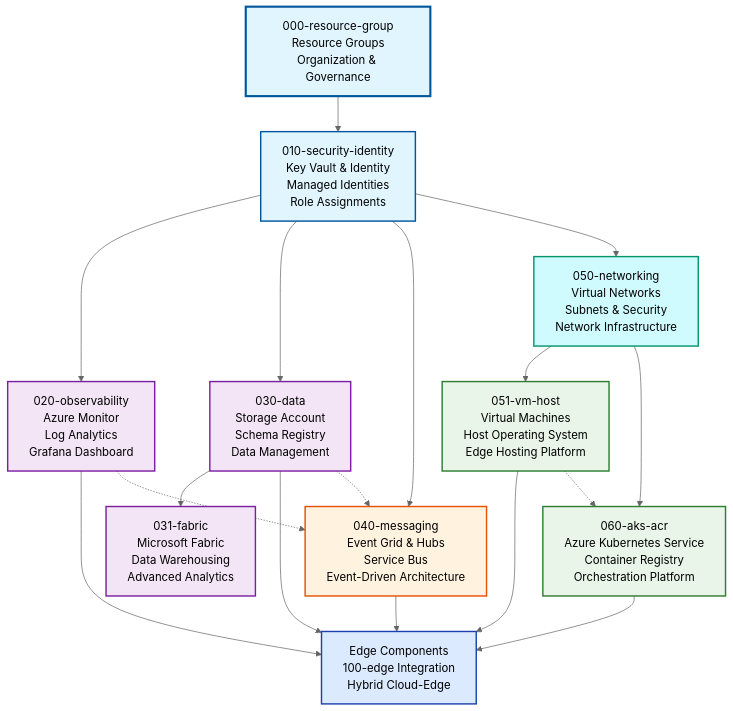
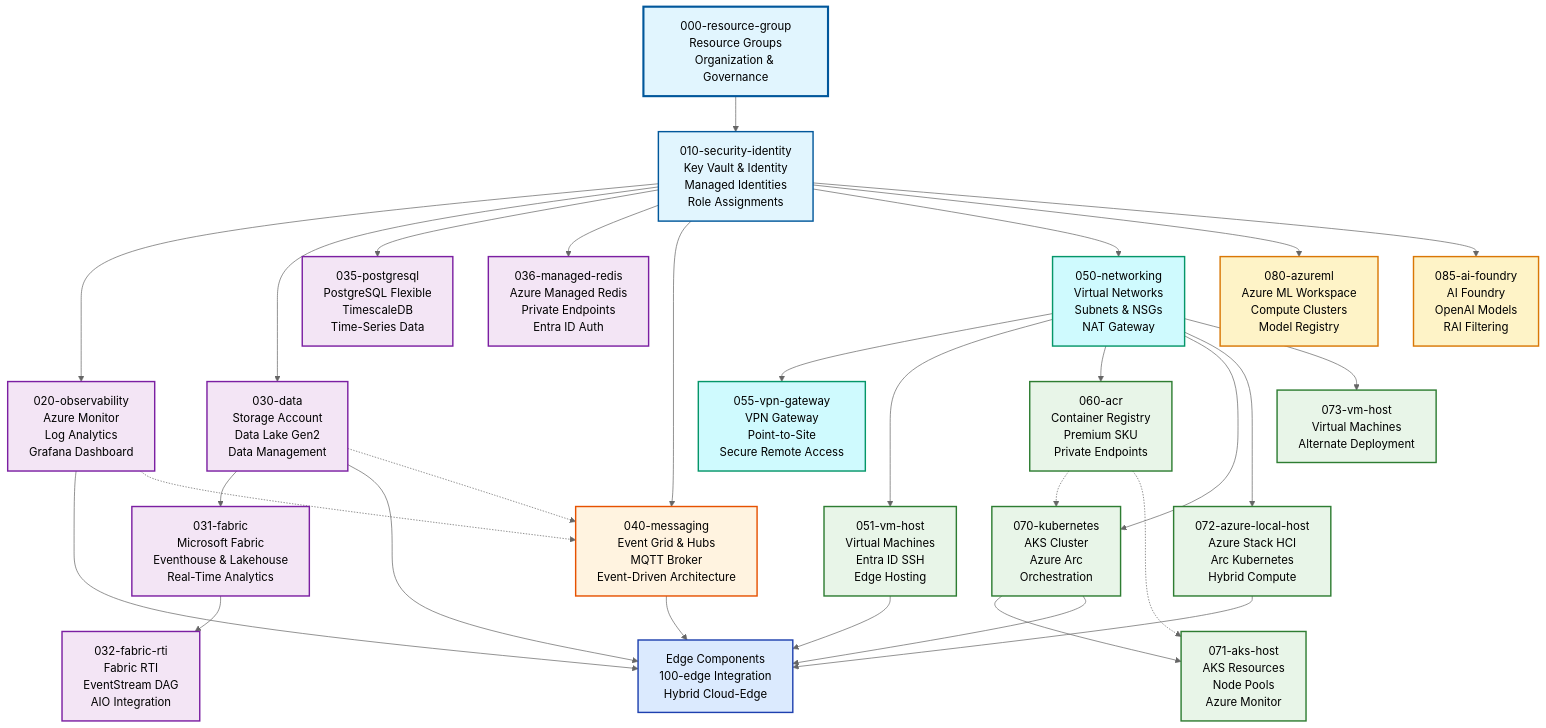
Before and after one commit to microsoft/edge-ai: the diagram in src/000-cloud/README.md, drawn with Mermaid (neutral theme). The commit also changed other lines of this file and 80 other files, not shown here.

````diff
--- a/src/000-cloud/README.md
+++ b/src/000-cloud/README.md
@@ -43,19 +71,41 @@
     Observability[020-observability<br/>Azure Monitor<br/>Log Analytics<br/>Grafana Dashboard]
 
     %% Data & Analytics Platform
-    Data[030-data<br/>Storage Account<br/>Schema Registry<br/>Data Management]
+    Data[030-data<br/>Storage Account<br/>Data Lake Gen2<br/>Data Management]
 
-    Fabric[031-fabric<br/>Microsoft Fabric<br/>Data Warehousing<br/>Advanced Analytics]
+    Fabric[031-fabric<br/>Microsoft Fabric<br/>Eventhouse & Lakehouse<br/>Real-Time Analytics]
+
+    FabricRTI[032-fabric-rti<br/>Fabric RTI<br/>EventStream DAG<br/>AIO Integration]
+
+    PostgreSQL[035-postgresql<br/>PostgreSQL Flexible<br/>TimescaleDB<br/>Time-Series Data]
+
+    Redis[036-managed-redis<br/>Azure Managed Redis<br/>Private Endpoints<br/>Entra ID Auth]
 
     %% Communication Infrastructure
-    Messaging[040-messaging<br/>Event Grid & Hubs<br/>Service Bus<br/>Event-Driven Architecture]
+    Messaging[040-messaging<br/>Event Grid & Hubs<br/>MQTT Broker<br/>Event-Driven Architecture]
 
-    %% Compute & Network Resources
-    Networking[050-networking<br/>Virtual Networks<br/>Subnets & Security<br/>Network Infrastructure]
+    %% Network Infrastructure
+    Networking[050-networking<br/>Virtual Networks<br/>Subnets & NSGs<br/>NAT Gateway]
 
-    VmHost[051-vm-host<br/>Virtual Machines<br/>Host Operating System<br/>Edge Hosting Platform]
+    VpnGateway[055-vpn-gateway<br/>VPN Gateway<br/>Point-to-Site<br/>Secure Remote Access]
 
-    AksAcr[060-aks-acr<br/>Azure Kubernetes Service<br/>Container Registry<br/>Orchestration Platform]
+    %% Compute Resources
+    VmHost[051-vm-host<br/>Virtual Machines<br/>Entra ID SSH<br/>Edge Hosting]
+
+    Acr[060-acr<br/>Container Registry<br/>Premium SKU<br/>Private Endpoints]
+
+    Kubernetes[070-kubernetes<br/>AKS Cluster<br/>Azure Arc<br/>Orchestration]
+
+    AksHost[071-aks-host<br/>AKS Resources<br/>Node Pools<br/>Azure Monitor]
+
+    AzureLocal[072-azure-local-host<br/>Azure Stack HCI<br/>Arc Kubernetes<br/>Hybrid Compute]
+
+    VmHostAlt[073-vm-host<br/>Virtual Machines<br/>Alternate Deployment]
+
+    %% AI & ML Resources
+    AzureML[080-azureml<br/>Azure ML Workspace<br/>Compute Clusters<br/>Model Registry]
+
+    AIFoundry[085-ai-foundry<br/>AI Foundry<br/>OpenAI Models<br/>RAI Filtering]
 
     %% Edge Integration
     EdgeIntegration[Edge Components<br/>100-edge Integration<br/>Hybrid Cloud-Edge]
@@ -67,26 +117,42 @@
     %% Data platform flow
     SecurityIdentity --> Data
     Data --> Fabric
+    Fabric --> FabricRTI
+    SecurityIdentity --> PostgreSQL
+    SecurityIdentity --> Redis
 
     %% Communication setup
     SecurityIdentity --> Messaging
 
+    %% Network infrastructure
+    SecurityIdentity --> Networking
+    Networking --> VpnGateway
+
     %% Compute infrastructure
-    SecurityIdentity --> Networking
     Networking --> VmHost
-    Networking --> AksAcr
+    Networking --> Acr
+    Networking --> Kubernetes
+    Kubernetes --> AksHost
+    Networking --> AzureLocal
+    Networking --> VmHostAlt
+
+    %% AI infrastructure
+    SecurityIdentity --> AzureML
+    SecurityIdentity --> AIFoundry
 
     %% Integration relationships
     Observability --> EdgeIntegration
     Data --> EdgeIntegration
     Messaging --> EdgeIntegration
     VmHost --> EdgeIntegration
-    AksAcr --> EdgeIntegration
+    Kubernetes --> EdgeIntegration
+    AzureLocal --> EdgeIntegration
 
     %% Cross-platform dependencies
     Data -.-> Messaging
     Observability -.-> Messaging
-    VmHost -.-> AksAcr
+    Acr -.-> Kubernetes
+    Acr -.-> AksHost
 
     %% Color coding by component function
     style ResourceGroup fill:#e1f5fe,stroke:#01579b,stroke-width:3px
@@ -94,9 +160,19 @@
     style Observability fill:#f3e5f5,stroke:#7b1fa2,stroke-width:2px
     style Data fill:#f3e5f5,stroke:#7b1fa2,stroke-width:2px
     style Fabric fill:#f3e5f5,stroke:#7b1fa2,stroke-width:2px
+    style FabricRTI fill:#f3e5f5,stroke:#7b1fa2,stroke-width:2px
+    style PostgreSQL fill:#f3e5f5,stroke:#7b1fa2,stroke-width:2px
+    style Redis fill:#f3e5f5,stroke:#7b1fa2,stroke-width:2px
     style Messaging fill:#fff3e0,stroke:#e65100,stroke-width:2px
     style Networking fill:#cffafe,stroke:#059669,stroke-width:2px
+    style VpnGateway fill:#cffafe,stroke:#059669,stroke-width:2px
     style VmHost fill:#e8f5e8,stroke:#2e7d32,stroke-width:2px
-    style AksAcr fill:#e8f5e8,stroke:#2e7d32,stroke-width:2px
+    style Acr fill:#e8f5e8,stroke:#2e7d32,stroke-width:2px
+    style Kubernetes fill:#e8f5e8,stroke:#2e7d32,stroke-width:2px
+    style AksHost fill:#e8f5e8,stroke:#2e7d32,stroke-width:2px
+    style AzureLocal fill:#e8f5e8,stroke:#2e7d32,stroke-width:2px
+    style VmHostAlt fill:#e8f5e8,stroke:#2e7d32,stroke-width:2px
+    style AzureML fill:#fef3c7,stroke:#d97706,stroke-width:2px
+    style AIFoundry fill:#fef3c7,stroke:#d97706,stroke-width:2px
     style EdgeIntegration fill:#dbeafe,stroke:#1e40af,stroke-width:2px
 ```
````
